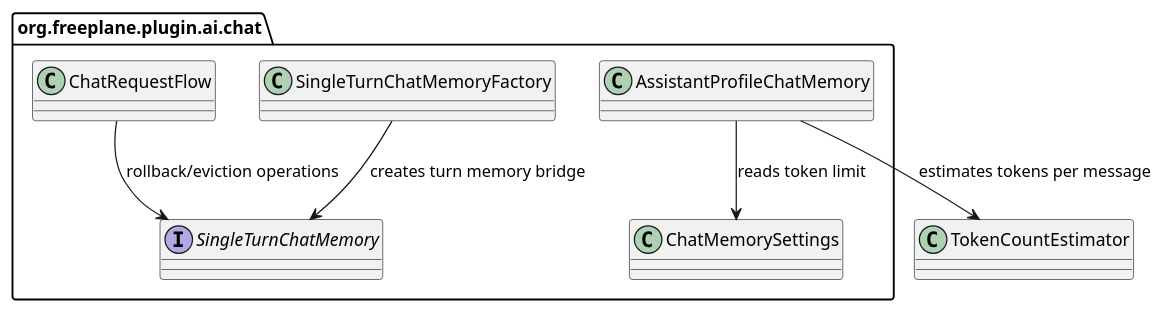
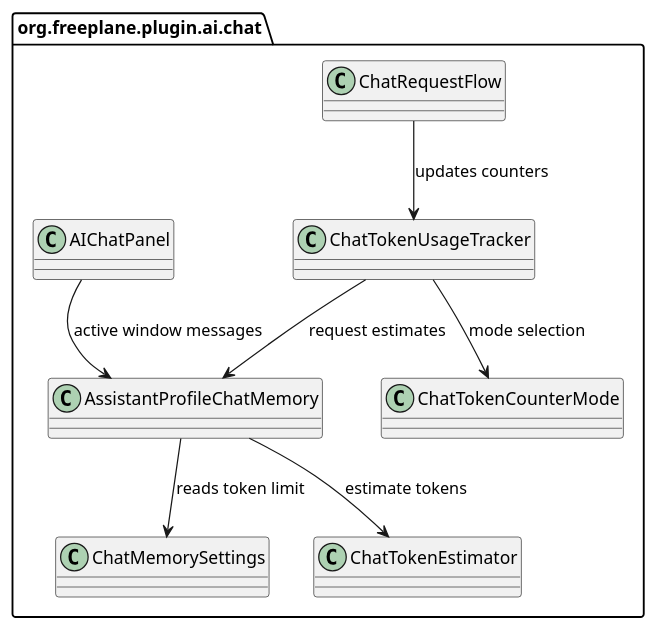
Before and after one commit to guoranjun2/nexordia: the second of 2 diagrams in ai-specs/tasks/in-progress/token-based-chat-memory-window.md, drawn with PlantUML. The commit also changed other lines of this file and 32 other files, not shown here.

Commit message:
2026-02-06-token-memory: use estimated token counts

````diff
--- a/ai-specs/tasks/in-progress/token-based-chat-memory-window.md
+++ b/ai-specs/tasks/in-progress/token-based-chat-memory-window.md
@@ -118,17 +114,21 @@
   ```plantuml
   @startuml
   set separator none
   package "org.freeplane.plugin.ai.chat" {
+    class AssistantProfileChatMemory
     class ChatMemorySettings
-    class AssistantProfileChatMemory
-    interface SingleTurnChatMemory
-    class SingleTurnChatMemoryFactory
+    class ChatTokenUsageTracker
+    class ChatTokenEstimator
+    class ChatTokenCounterMode
     class ChatRequestFlow
+    class AIChatPanel
   }
 
   AssistantProfileChatMemory --> ChatMemorySettings : reads token limit
-  AssistantProfileChatMemory --> TokenCountEstimator : estimates tokens per message
-  SingleTurnChatMemoryFactory --> SingleTurnChatMemory : creates turn memory bridge
-  ChatRequestFlow --> SingleTurnChatMemory : rollback/eviction operations
+  AIChatPanel --> AssistantProfileChatMemory : active window messages
+  ChatRequestFlow --> ChatTokenUsageTracker : updates counters
+  ChatTokenUsageTracker --> ChatTokenCounterMode : mode selection
+  ChatTokenUsageTracker --> AssistantProfileChatMemory : request estimates
+  AssistantProfileChatMemory --> ChatTokenEstimator : estimate tokens
   @enduml
   ```
````
